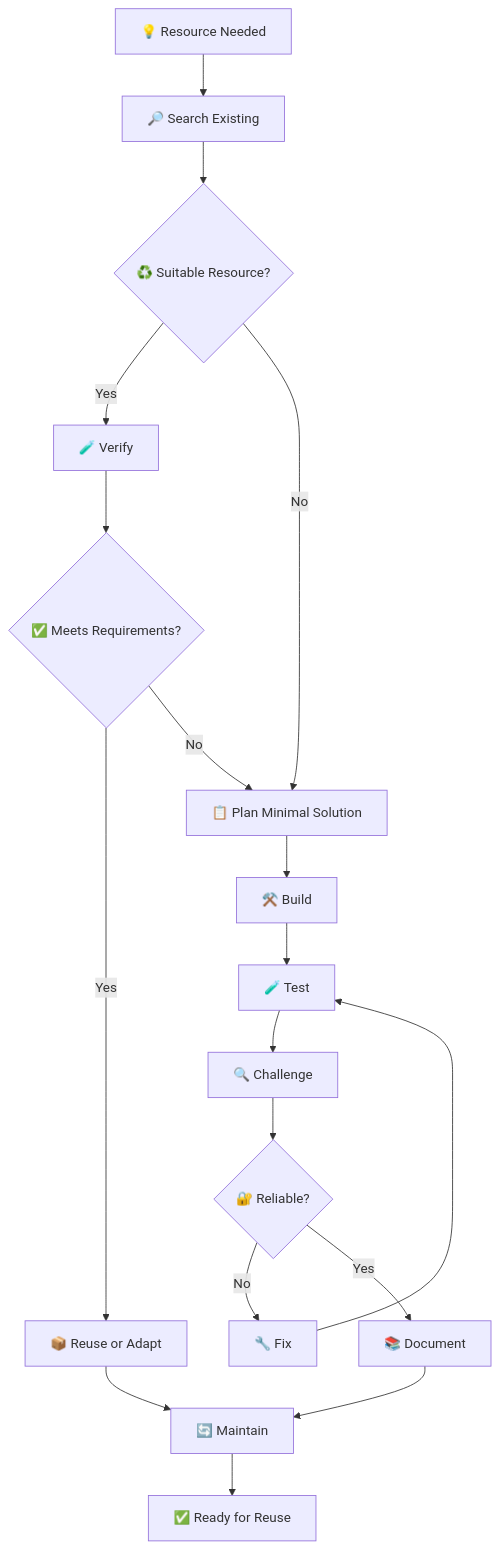
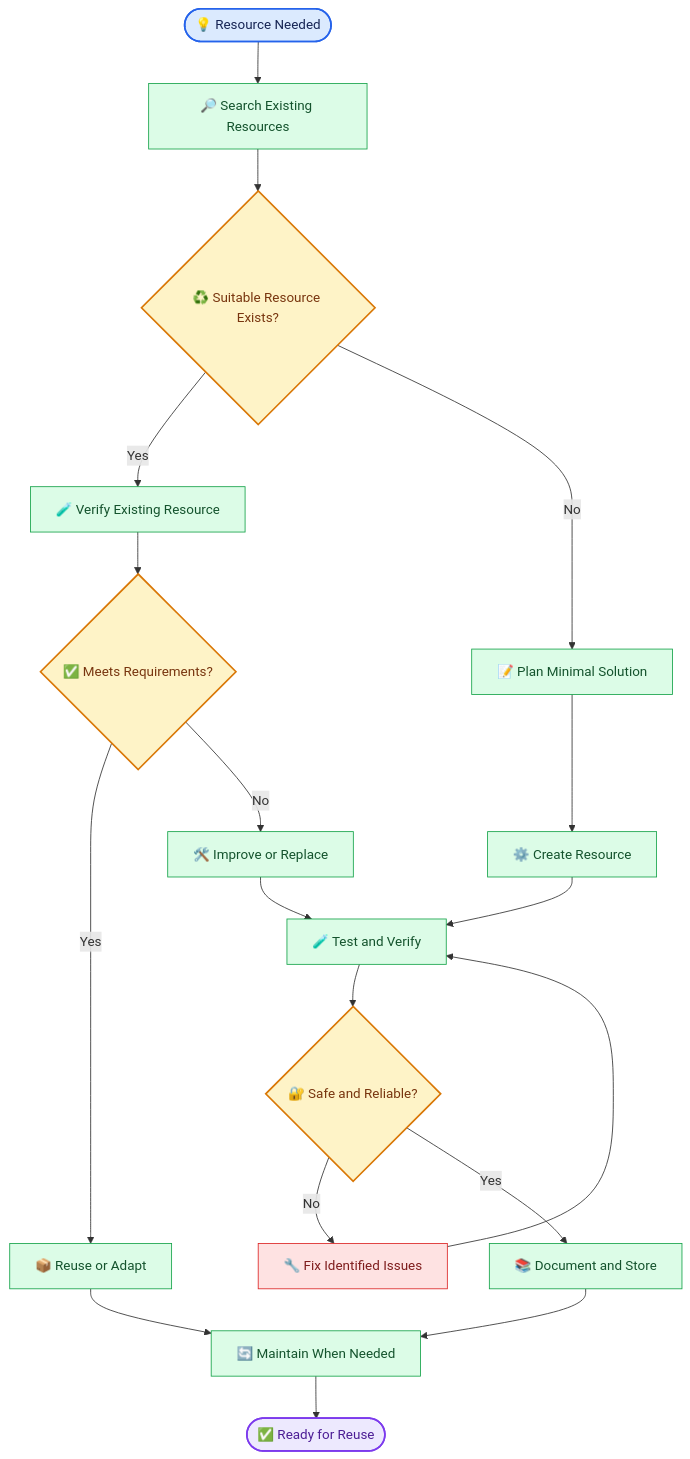
One commit to shaonkabir8/dev-vault changed the first of 2 diagrams in docs/README.bn.md. Above: the diagram before and after it, drawn with Mermaid. The commit also changed other lines of this file, not shown here.

````diff
--- a/docs/README.bn.md
+++ b/docs/README.bn.md
@@ -115,20 +91,35 @@
 ```mermaid
 flowchart TD
-    A["💡 Resource Needed"] --> B["🔎 Search Existing"]
-    B --> C{"♻️ Suitable Resource?"}
-    C -->|Yes| D["🧪 Verify"]
-    C -->|No| E["📋 Plan Minimal Solution"]
-    D --> F{"✅ Meets Requirements?"}
-    F -->|Yes| G["📦 Reuse or Adapt"]
-    F -->|No| E
-    E --> H["⚒️ Build"]
-    H --> I["🧪 Test"]
-    I --> J["🔍 Challenge"]
-    J --> K{"🔐 Reliable?"}
-    K -->|No| L["🔧 Fix"]
-    L --> I
-    K -->|Yes| M["📚 Document"]
-    G --> N["🔄 Maintain"]
+    A(["💡 Resource Needed"]) --> B["🔎 Search Existing Resources"]
+    B --> C{"♻️ Suitable Resource Exists?"}
+
+    C -- "Yes" --> D["🧪 Verify Existing Resource"]
+    D --> E{"✅ Meets Requirements?"}
+    E -- "Yes" --> F["📦 Reuse or Adapt"]
+    E -- "No" --> G["🛠️ Improve or Replace"]
+
+    C -- "No" --> H["📝 Plan Minimal Solution"]
+    H --> I["⚙️ Create Resource"]
+    I --> J["🧪 Test and Verify"]
+
+    G --> J
+    J --> K{"🔐 Safe and Reliable?"}
+    K -- "No" --> L["🔧 Fix Identified Issues"]
+    L --> J
+    K -- "Yes" --> M["📚 Document and Store"]
+    F --> N["🔄 Maintain When Needed"]
     M --> N
-    N --> O["✅ Ready for Reuse"]
+    N --> O(["✅ Ready for Reuse"])
+
+    classDef start fill:#dbeafe,stroke:#2563eb,color:#172554,stroke-width:2px
+    classDef decision fill:#fef3c7,stroke:#d97706,color:#78350f,stroke-width:2px
+    classDef process fill:#dcfce7,stroke:#16a34a,color:#14532d,stroke-width:1px
+    classDef fix fill:#fee2e2,stroke:#dc2626,color:#7f1d1d,stroke-width:1px
+    classDef finish fill:#ede9fe,stroke:#7c3aed,color:#4c1d95,stroke-width:2px
+
+    class A start
+    class C,E,K decision
+    class B,D,F,G,H,I,J,M,N process
+    class L fix
+    class O finish
 ```
````
